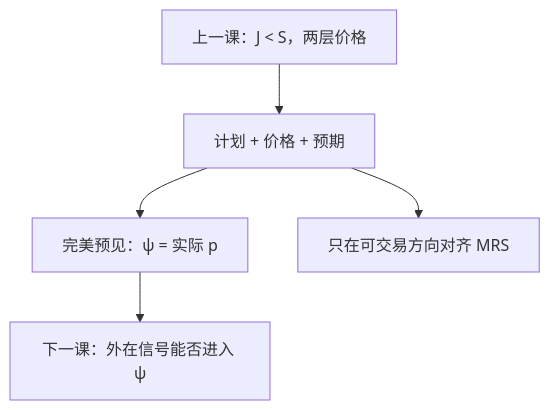
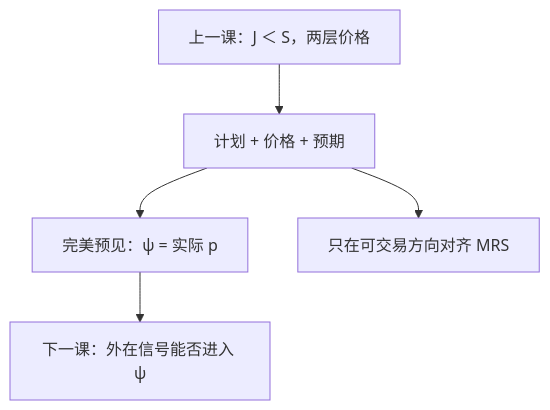
Before and after one commit to xhongduo-tech/xhongduo-tech.github.io: the diagram in docs/econ/radner-plans.md, drawn with Mermaid. The commit also changed 772 other files, not shown here.

````diff
--- a/docs/econ/radner-plans.md
+++ b/docs/econ/radner-plans.md
@@ -34,7 +34,7 @@
 ```mermaid
 flowchart TD
-  GEI["上一课：J < S，两层价格"] --> RAD["计划 + 价格 + 预期"]
+  GEI["上一课：J ＜ S，两层价格"] --> RAD["计划 + 价格 + 预期"]
   RAD --> PF["完美预见：ψ = 实际 p"]
   RAD --> SPAN["只在可交易方向对齐 MRS"]
   PF --> SUN["下一课：外在信号能否进入 ψ"]
 ```
````
